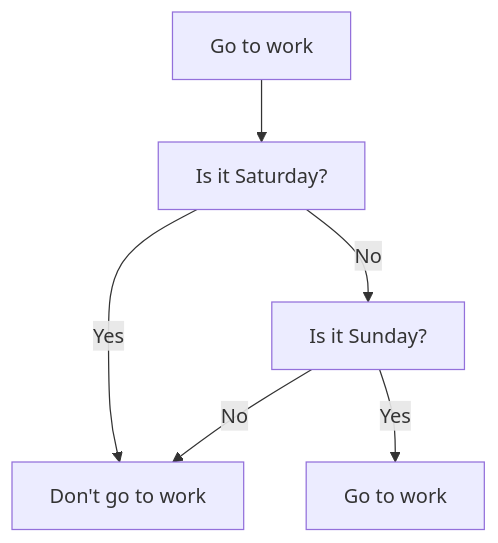
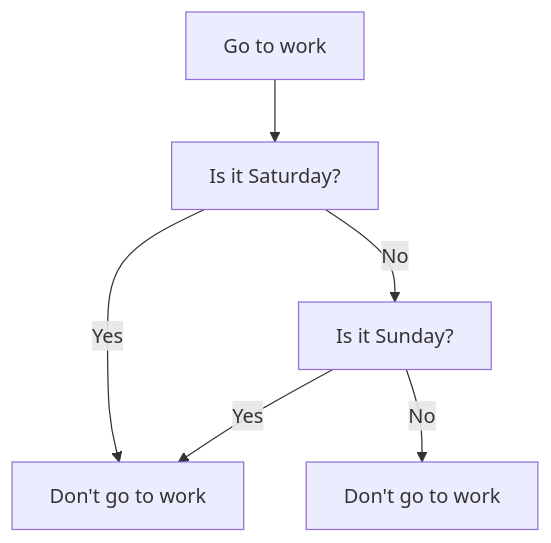
The diagram in README.md (harwoodjp/mermaid-test), drawn with Mermaid before and after one commit.

````diff
--- a/README.md
+++ b/README.md
@@ -1,8 +1,8 @@
 ```mermaid
 flowchart TD
   A[Go to work] --> B[Is it Saturday?];
   B -- Yes --> C[Don't go to work];
   B -- No --> D[Is it Sunday?];
-  D -- Yes --> E[Go to work];
-  D -- No --> C;
+  D -- Yes --> C;
+  D -- No --> E[Don't go to work];
 ```
````
